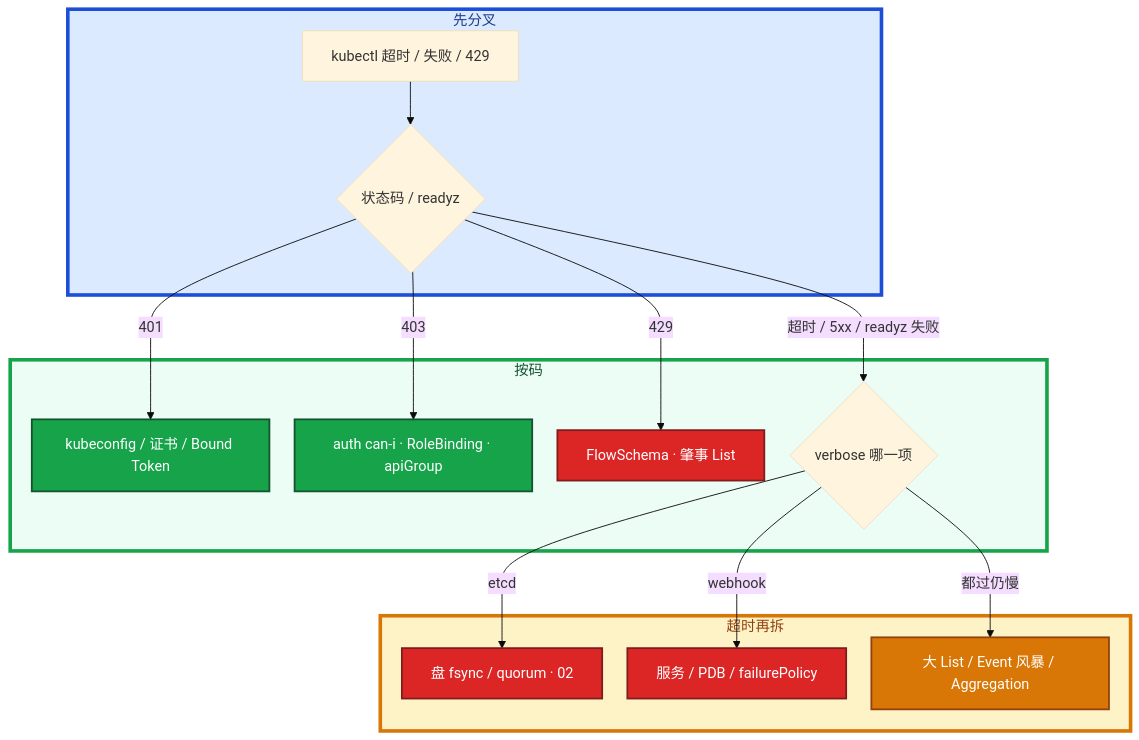
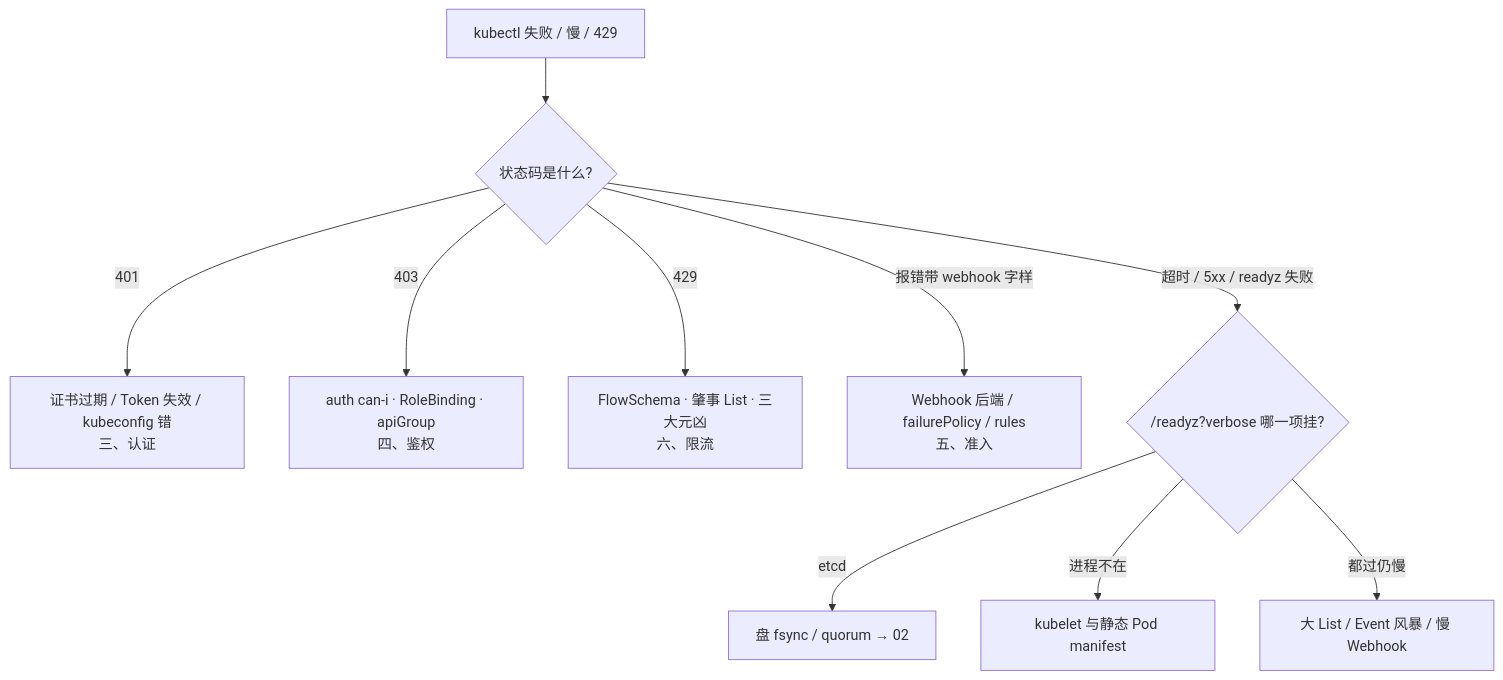
One commit to ml-cuizijun/LearnToLilith changed the sixth of 6 diagrams in 03-Kubernetes/03-API-Server/知识点.md. Above: the diagram before and after it, drawn with Mermaid. The commit also changed other lines of this file and 470 other files, not shown here.

````diff
--- a/03-Kubernetes/03-API-Server/知识点.md
+++ b/03-Kubernetes/03-API-Server/知识点.md
@@ -616,31 +432,12 @@
 ```mermaid
-%%{init: {"flowchart": {"padding": 16, "nodeSpacing": 28, "rankSpacing": 48}, "theme": "base"}}%%
 flowchart TB
-    subgraph gate ["先分叉"]
-        A[kubectl 超时 / 失败 / 429] --> B{状态码 / readyz}
-    end
-
-    subgraph code ["按码"]
-        B -->|401| C[kubeconfig / 证书 / Bound Token]
-        B -->|403| D[auth can-i · RoleBinding · apiGroup]
-        B -->|429| E[FlowSchema · 肇事 List]
-        B -->|超时 / 5xx / readyz 失败| F{verbose 哪一项}
-    end
-
-    subgraph slow ["超时再拆"]
-        F -->|etcd| G[盘 fsync / quorum · 02]
-        F -->|webhook| H[服务 / PDB / failurePolicy]
-        F -->|都过仍慢| I[大 List / Event 风暴 / Aggregation]
-    end
-
-    classDef bad fill:#DC2626,stroke:#7F1D1D,stroke-width:2px,color:#fff
-    classDef ok fill:#16A34A,stroke:#14532D,stroke-width:2px,color:#fff
-    classDef warn fill:#D97706,stroke:#92400E,stroke-width:2px,color:#fff
-    class E,G,H bad
-    class C,D ok
-    class I warn
-
-    style gate fill:#DBEAFE,stroke:#1D4ED8,stroke-width:4px,color:#1E3A8A
-    style code fill:#ECFDF5,stroke:#16A34A,stroke-width:4px,color:#14532D
-    style slow fill:#FEF3C7,stroke:#D97706,stroke-width:4px,color:#92400E
+    A["kubectl 失败 / 慢 / 429"] --> B{"状态码是什么?"}
+    B -->|401| C["证书过期 / Token 失效 / kubeconfig 错<br/>三、认证"]
+    B -->|403| D["auth can-i · RoleBinding · apiGroup<br/>四、鉴权"]
+    B -->|429| E["FlowSchema · 肇事 List · 三大元凶<br/>六、限流"]
+    B -->|报错带 webhook 字样| G["Webhook 后端 / failurePolicy / rules<br/>五、准入"]
+    B -->|超时 / 5xx / readyz 失败| F{"/readyz?verbose 哪一项挂?"}
+    F -->|etcd| H["盘 fsync / quorum → 02"]
+    F -->|进程不在| J["kubelet 与静态 Pod manifest"]
+    F -->|都过仍慢| I["大 List / Event 风暴 / 慢 Webhook"]
 ```
````
